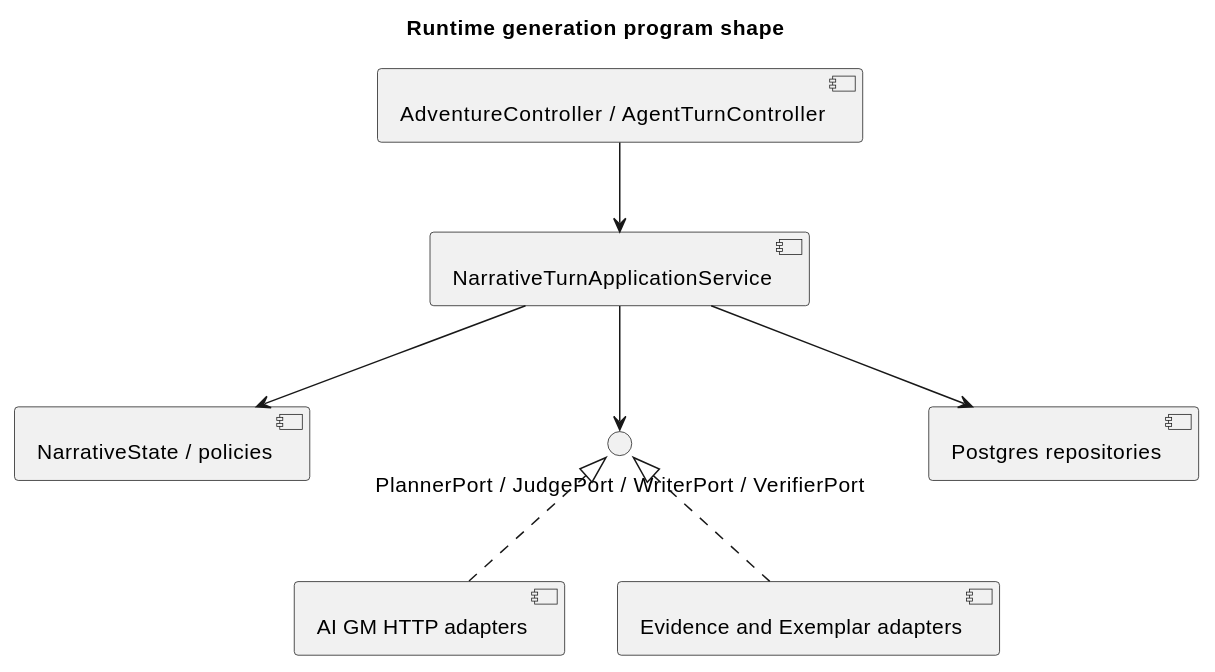
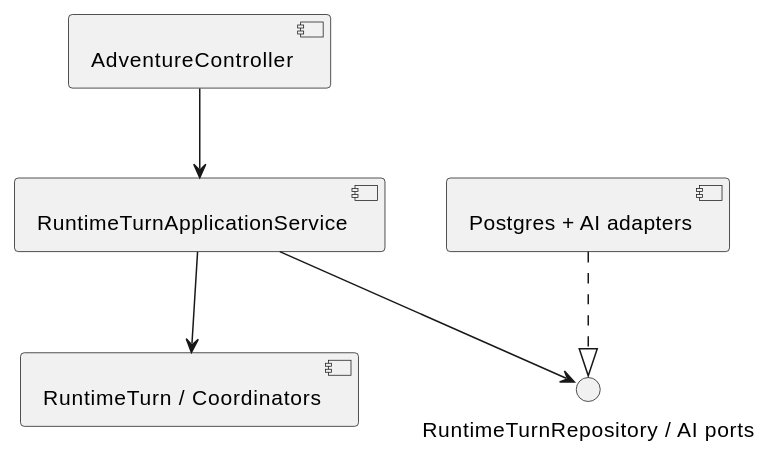
One commit to omegafrog/dnd-master changed the third of 4 diagrams in docs/specs/architecture-spec.md. Above: the diagram before and after it, drawn with PlantUML. The commit also changed other lines of this file and 7 other files, not shown here.

````diff
--- a/docs/specs/architecture-spec.md
+++ b/docs/specs/architecture-spec.md
@@ -272,18 +236,13 @@
 ```plantuml
 @startuml
-title Runtime generation program shape
-component "AdventureController / AgentTurnController" as entry
-component "NarrativeTurnApplicationService" as app
-component "NarrativeState / policies" as domain
-interface "PlannerPort / JudgePort / WriterPort / VerifierPort" as ports
-component "AI GM HTTP adapters" as gm
-component "Evidence and Exemplar adapters" as retrieval
-component "Postgres repositories" as db
+component "AdventureController" as entry
+component "RuntimeTurnApplicationService" as app
+component "RuntimeTurn / Coordinators" as domain
+interface "RuntimeTurnRepository / AI ports" as ports
+component "Postgres + AI adapters" as infra
 entry --> app
 app --> domain
 app --> ports
-ports <|.. gm
-ports <|.. retrieval
-app --> db
+infra ..|> ports
 @enduml
 ```
````
